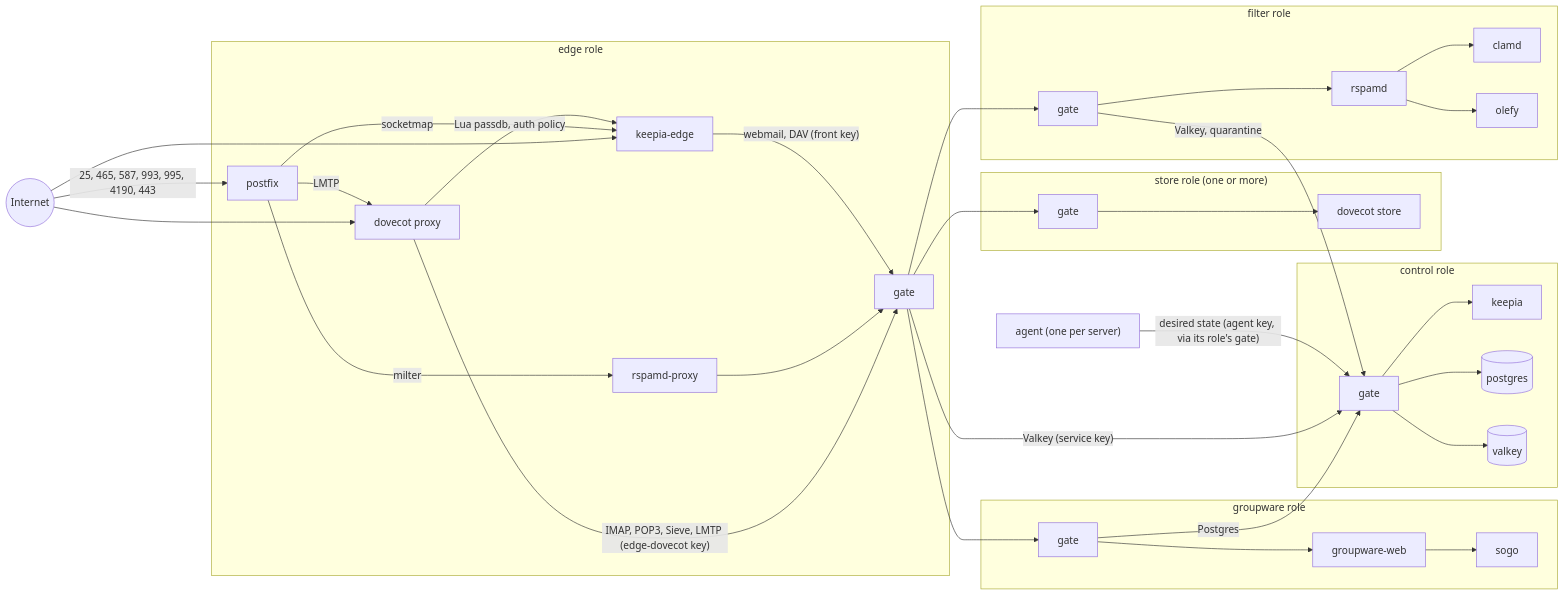
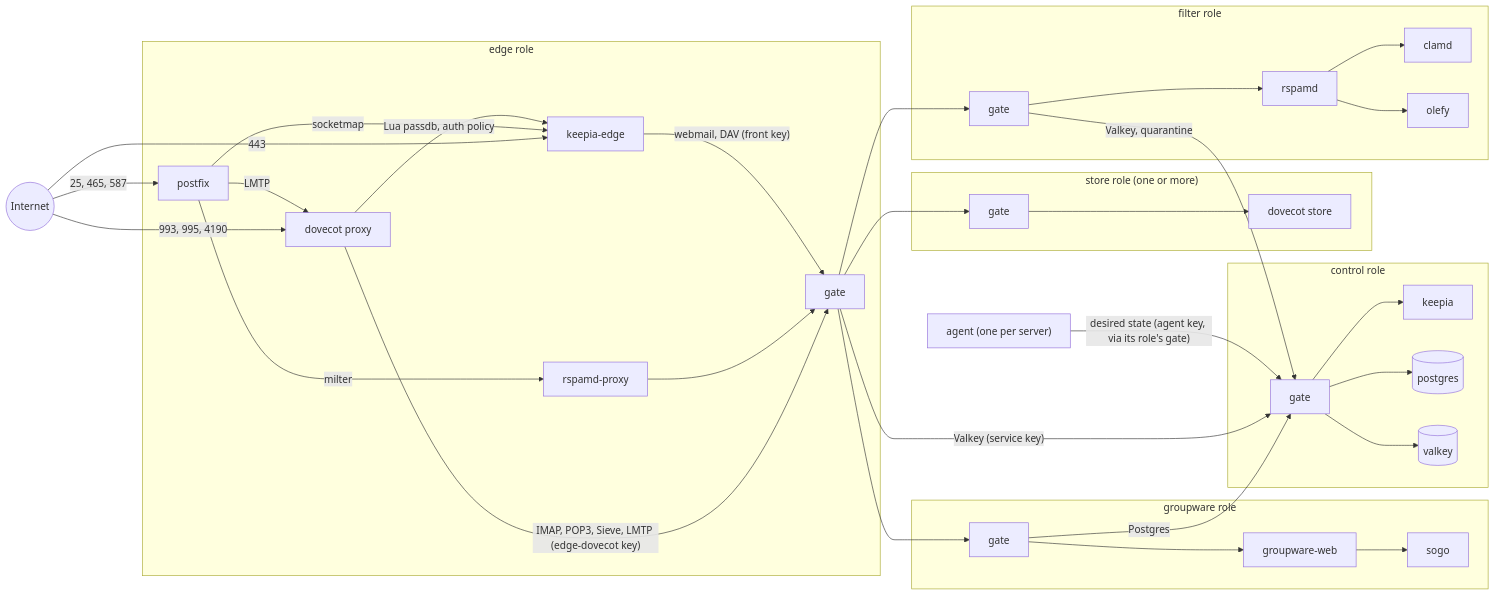
One commit to keepia/mail changed the first of 2 diagrams in docs/development/architecture.md. Above: the diagram before and after it, drawn with Mermaid. The commit also changed other lines of this file, not shown here.

First line of the commit message:
Fix citations and review notes in the architecture document (#2)

````diff
--- a/docs/development/architecture.md
+++ b/docs/development/architecture.md
@@ -102,56 +102,56 @@
 ```mermaid
 flowchart LR
   internet(("Internet"))
   subgraph edge["edge role"]
     postfix["postfix"]
     edovecot["dovecot proxy"]
     kedge["keepia-edge"]
     rproxy["rspamd-proxy"]
     egate["gate"]
   end
   subgraph store["store role (one or more)"]
     sgate["gate"]
     sdovecot["dovecot store"]
   end
   subgraph filter["filter role"]
     fgate["gate"]
     rspamd["rspamd"]
     clamd["clamd"]
     olefy["olefy"]
   end
   subgraph control["control role"]
     cgate["gate"]
     keepia["keepia"]
     postgres[("postgres")]
     valkey[("valkey")]
   end
   subgraph groupware["groupware role"]
     ggate["gate"]
     gweb["groupware-web"]
     sogo["sogo"]
   end
   agent["agent (one per server)"]
 
-  internet -->|"25, 465, 587, 993, 995, 4190, 443"| postfix
-  internet --> edovecot
-  internet --> kedge
+  internet -->|"25, 465, 587"| postfix
+  internet -->|"993, 995, 4190"| edovecot
+  internet -->|"443"| kedge
   postfix -->|"socketmap"| kedge
   edovecot -->|"Lua passdb, auth policy"| kedge
   postfix -->|"milter"| rproxy
   postfix -->|"LMTP"| edovecot
   edovecot -->|"IMAP, POP3, Sieve, LMTP (edge-dovecot key)"| egate
   egate --> sgate --> sdovecot
   rproxy --> egate
   egate --> fgate --> rspamd
   rspamd --> clamd
   rspamd --> olefy
   kedge -->|"webmail, DAV (front key)"| egate
   egate --> ggate --> gweb --> sogo
   egate -->|"Valkey (service key)"| cgate
   fgate -->|"Valkey, quarantine"| cgate
   ggate -->|"Postgres"| cgate
   cgate --> valkey
   cgate --> postgres
   cgate --> keepia
   agent -->|"desired state (agent key, via its role's gate)"| cgate
 ```
````
